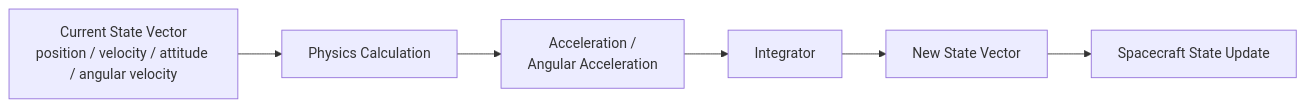
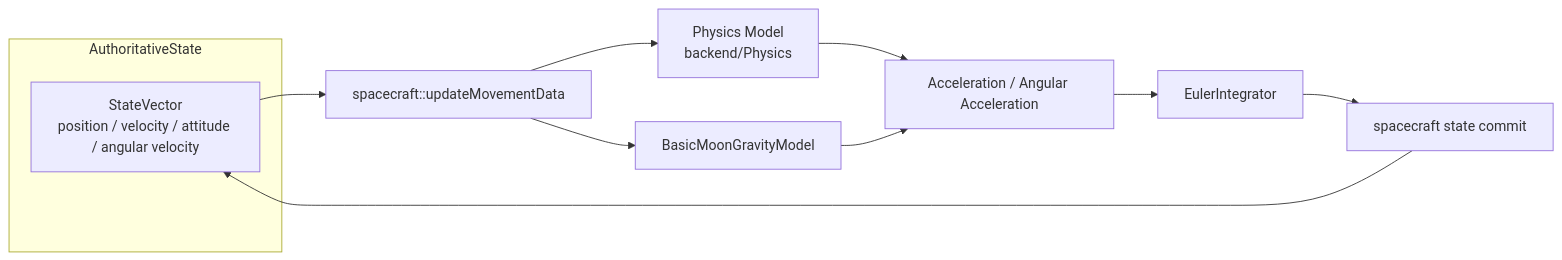
The third of 5 diagrams in docs/data-flow-diagrams.md (gerd-lrt-dev/moonlander), drawn with Mermaid before and after one commit. The commit also changed other lines of this file, not shown here.

First line of the commit message:
docs(data-flow): align diagrams with current main architecture

````diff
--- a/docs/data-flow-diagrams.md
+++ b/docs/data-flow-diagrams.md
@@ -97,15 +151,22 @@
 ```mermaid
 flowchart LR
-    CSV[Current State Vector<br/>position / velocity / attitude / angular velocity]
-    PHY[Physics Calculation]
-    AA[Acceleration /<br/>Angular Acceleration]
-    INT[Integrator]
-    NSV[New State Vector]
-    SSU[Spacecraft State Update]
+    subgraph AuthoritativeState
+        SV[StateVector<br/>position / velocity / attitude / angular velocity]
+    end
 
-    CSV --> PHY
+    UMD[spacecraft::updateMovementData]
+    PHY[Physics Model<br/>backend/Physics]
+    GM[BasicMoonGravityModel]
+    AA[Acceleration / Angular Acceleration]
+    EI[EulerIntegrator]
+    SC[spacecraft state commit]
+
+    SV --> UMD
+    UMD --> PHY
+    UMD --> GM
     PHY --> AA
-    AA --> INT
-    INT --> NSV
-    NSV --> SSU
+    GM --> AA
+    AA --> EI
+    EI --> SC
+    SC --> SV
 ```
````
